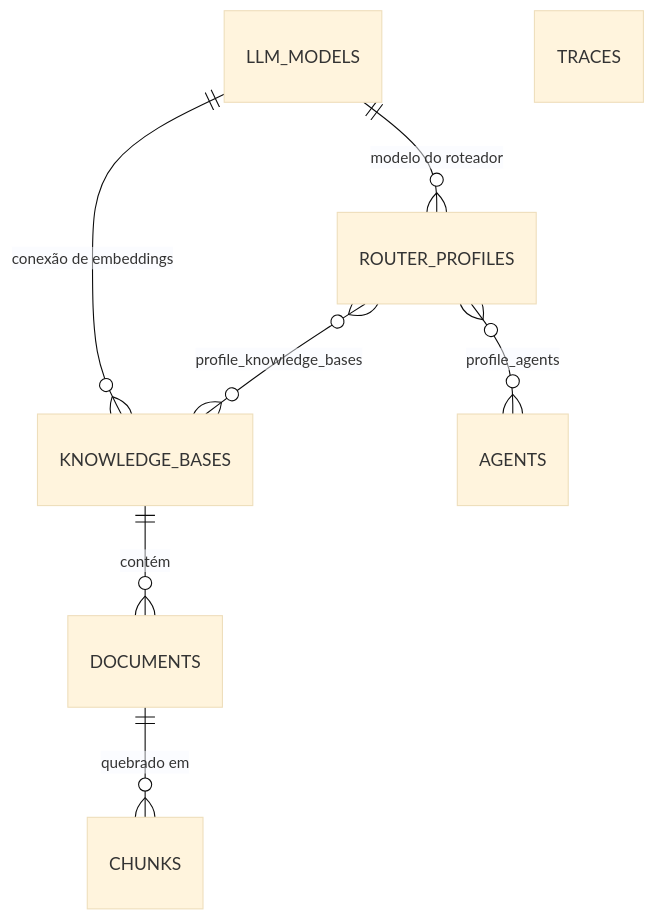
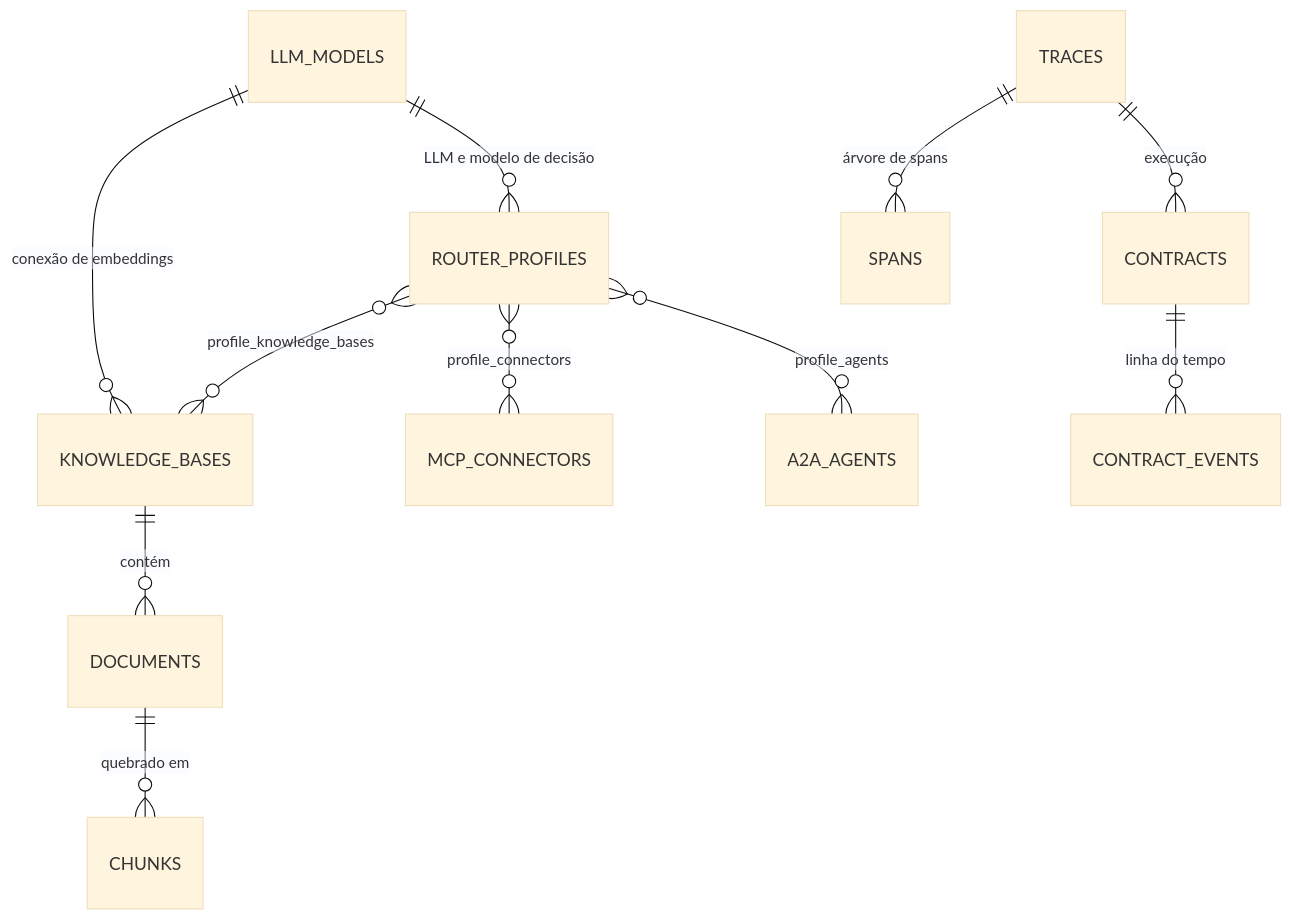
One commit to mavboas/switchboard changed the second of 2 diagrams in docs/arquitetura.md. Above: the diagram before and after it, drawn with Mermaid (base theme). The commit also changed other lines of this file and 9 other files, not shown here.

````diff
--- a/docs/arquitetura.md
+++ b/docs/arquitetura.md
@@ -70,10 +137,13 @@
 ```mermaid
 erDiagram
-    LLM_MODELS ||--o{ ROUTER_PROFILES : "modelo do roteador"
+    LLM_MODELS ||--o{ ROUTER_PROFILES : "LLM e modelo de decisão"
     LLM_MODELS ||--o{ KNOWLEDGE_BASES : "conexão de embeddings"
-    ROUTER_PROFILES }o--o{ AGENTS : profile_agents
+    ROUTER_PROFILES }o--o{ MCP_CONNECTORS : profile_connectors
+    ROUTER_PROFILES }o--o{ A2A_AGENTS : profile_agents
     ROUTER_PROFILES }o--o{ KNOWLEDGE_BASES : profile_knowledge_bases
     KNOWLEDGE_BASES ||--o{ DOCUMENTS : contém
     DOCUMENTS ||--o{ CHUNKS : "quebrado em"
-    TRACES
+    TRACES ||--o{ CONTRACTS : "execução"
+    CONTRACTS ||--o{ CONTRACT_EVENTS : "linha do tempo"
+    TRACES ||--o{ SPANS : "árvore de spans"
 ```
````
